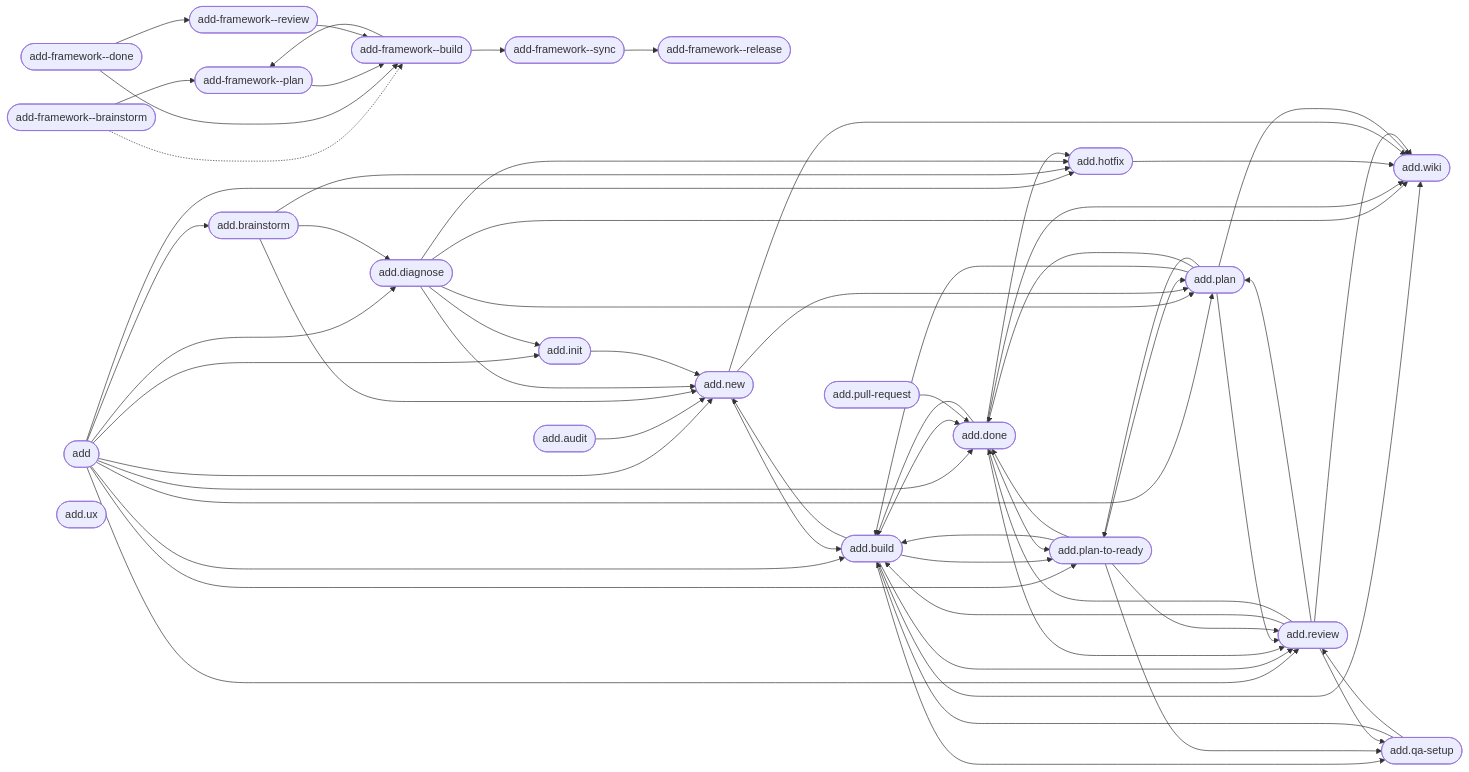
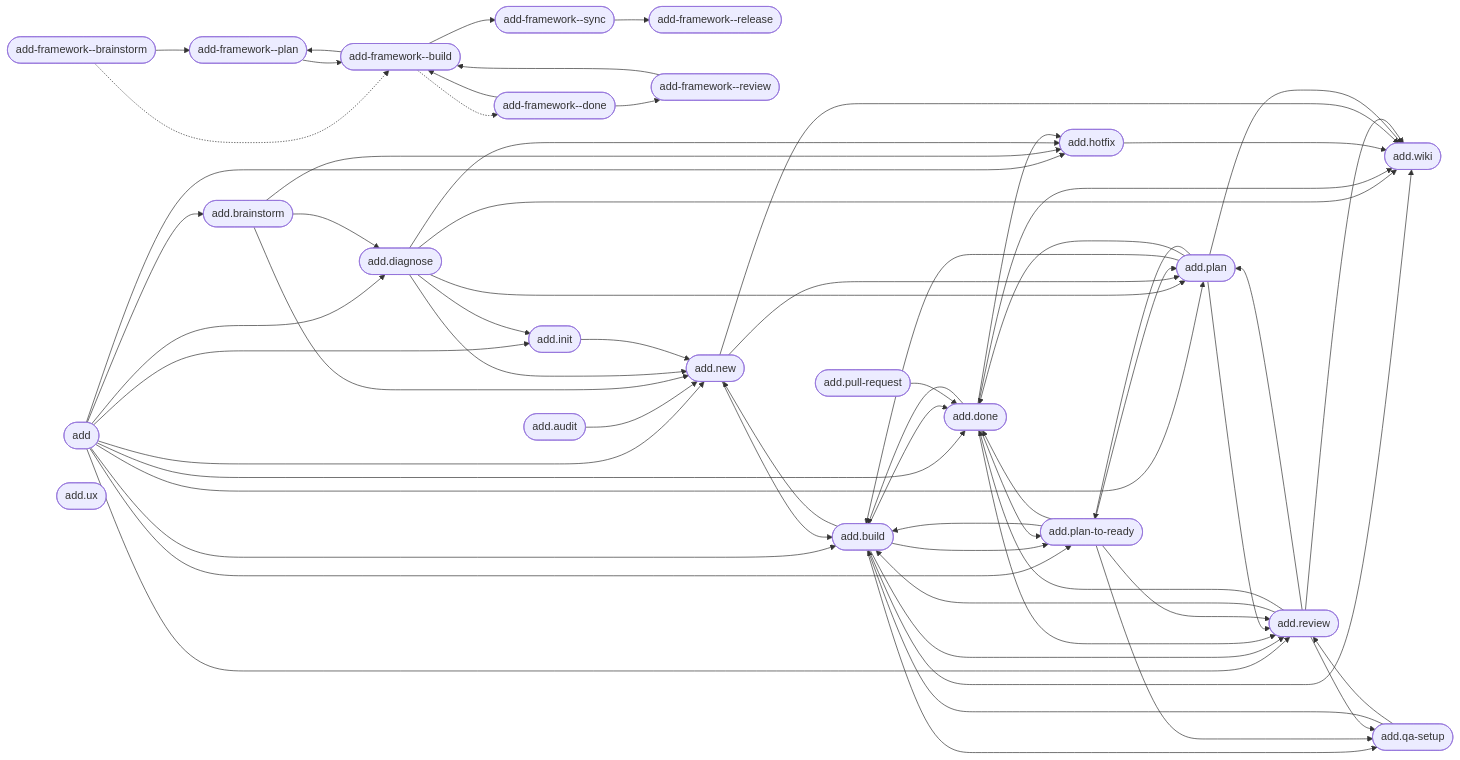
Before and after one commit to brabos-ai/code-addiction: the diagram in web/public/artefact-graph.mmd, drawn with Mermaid. The commit also changed 10 other files, not shown here.

```diff
--- a/web/public/artefact-graph.mmd
+++ b/web/public/artefact-graph.mmd
@@ -1,86 +1,87 @@
 flowchart LR
     n_internal_command_add_framework__brainstorm(["add-framework--brainstorm"])
     n_internal_command_add_framework__build(["add-framework--build"])
     n_internal_command_add_framework__done(["add-framework--done"])
     n_internal_command_add_framework__plan(["add-framework--plan"])
     n_internal_command_add_framework__release(["add-framework--release"])
     n_internal_command_add_framework__review(["add-framework--review"])
     n_internal_command_add_framework__sync(["add-framework--sync"])
     n_product_command_add(["add"])
     n_product_command_add_audit(["add.audit"])
     n_product_command_add_brainstorm(["add.brainstorm"])
     n_product_command_add_build(["add.build"])
     n_product_command_add_diagnose(["add.diagnose"])
     n_product_command_add_done(["add.done"])
     n_product_command_add_hotfix(["add.hotfix"])
     n_product_command_add_init(["add.init"])
     n_product_command_add_new(["add.new"])
     n_product_command_add_plan(["add.plan"])
     n_product_command_add_plan_to_ready(["add.plan-to-ready"])
     n_product_command_add_pull_request(["add.pull-request"])
     n_product_command_add_qa_setup(["add.qa-setup"])
     n_product_command_add_review(["add.review"])
     n_product_command_add_ux(["add.ux"])
     n_product_command_add_wiki(["add.wiki"])
     n_internal_command_add_framework__brainstorm --> n_internal_command_add_framework__plan
     n_internal_command_add_framework__brainstorm -.-> n_internal_command_add_framework__build
     n_internal_command_add_framework__build --> n_internal_command_add_framework__plan
     n_internal_command_add_framework__build --> n_internal_command_add_framework__sync
+    n_internal_command_add_framework__build -.-> n_internal_command_add_framework__done
     n_internal_command_add_framework__done --> n_internal_command_add_framework__build
     n_internal_command_add_framework__done --> n_internal_command_add_framework__review
     n_internal_command_add_framework__plan --> n_internal_command_add_framework__build
     n_internal_command_add_framework__review --> n_internal_command_add_framework__build
     n_internal_command_add_framework__sync --> n_internal_command_add_framework__release
     n_product_command_add --> n_product_command_add_brainstorm
     n_product_command_add --> n_product_command_add_build
     n_product_command_add --> n_product_command_add_diagnose
     n_product_command_add --> n_product_command_add_done
     n_product_command_add --> n_product_command_add_hotfix
     n_product_command_add --> n_product_command_add_init
     n_product_command_add --> n_product_command_add_new
     n_product_command_add --> n_product_command_add_plan
     n_product_command_add --> n_product_command_add_plan_to_ready
     n_product_command_add --> n_product_command_add_review
     n_product_command_add_audit --> n_product_command_add_new
     n_product_command_add_brainstorm --> n_product_command_add_diagnose
     n_product_command_add_brainstorm --> n_product_command_add_hotfix
     n_product_command_add_brainstorm --> n_product_command_add_new
     n_product_command_add_build --> n_product_command_add_done
     n_product_command_add_build --> n_product_command_add_new
     n_product_command_add_build --> n_product_command_add_plan_to_ready
     n_product_command_add_build --> n_product_command_add_qa_setup
     n_product_command_add_build --> n_product_command_add_review
     n_product_command_add_build --> n_product_command_add_wiki
     n_product_command_add_diagnose --> n_product_command_add_hotfix
     n_product_command_add_diagnose --> n_product_command_add_init
     n_product_command_add_diagnose --> n_product_command_add_new
     n_product_command_add_diagnose --> n_product_command_add_plan
     n_product_command_add_diagnose --> n_product_command_add_wiki
     n_product_command_add_done --> n_product_command_add_build
     n_product_command_add_done --> n_product_command_add_hotfix
     n_product_command_add_done --> n_product_command_add_plan_to_ready
     n_product_command_add_done --> n_product_command_add_review
     n_product_command_add_done --> n_product_command_add_wiki
     n_product_command_add_hotfix --> n_product_command_add_wiki
     n_product_command_add_init --> n_product_command_add_new
     n_product_command_add_new --> n_product_command_add_build
     n_product_command_add_new --> n_product_command_add_plan
     n_product_command_add_new --> n_product_command_add_wiki
     n_product_command_add_plan --> n_product_command_add_build
     n_product_command_add_plan --> n_product_command_add_done
     n_product_command_add_plan --> n_product_command_add_plan_to_ready
     n_product_command_add_plan --> n_product_command_add_review
     n_product_command_add_plan --> n_product_command_add_wiki
     n_product_command_add_plan_to_ready --> n_product_command_add_build
     n_product_command_add_plan_to_ready --> n_product_command_add_done
     n_product_command_add_plan_to_ready --> n_product_command_add_plan
     n_product_command_add_plan_to_ready --> n_product_command_add_qa_setup
     n_product_command_add_plan_to_ready --> n_product_command_add_review
     n_product_command_add_pull_request --> n_product_command_add_done
     n_product_command_add_qa_setup --> n_product_command_add_build
     n_product_command_add_qa_setup --> n_product_command_add_review
     n_product_command_add_review --> n_product_command_add_build
     n_product_command_add_review --> n_product_command_add_done
     n_product_command_add_review --> n_product_command_add_plan
     n_product_command_add_review --> n_product_command_add_qa_setup
     n_product_command_add_review --> n_product_command_add_wiki
```
